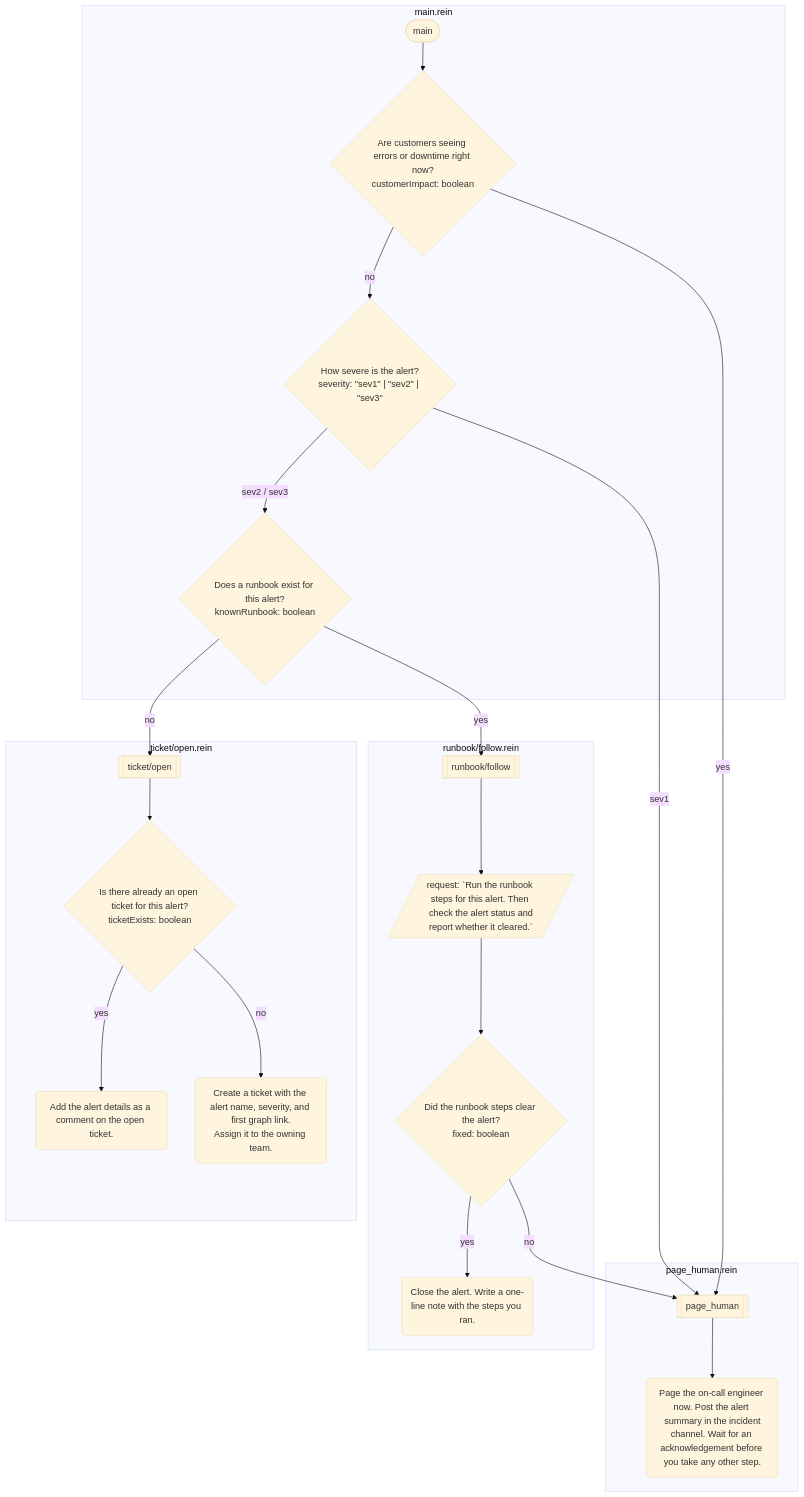
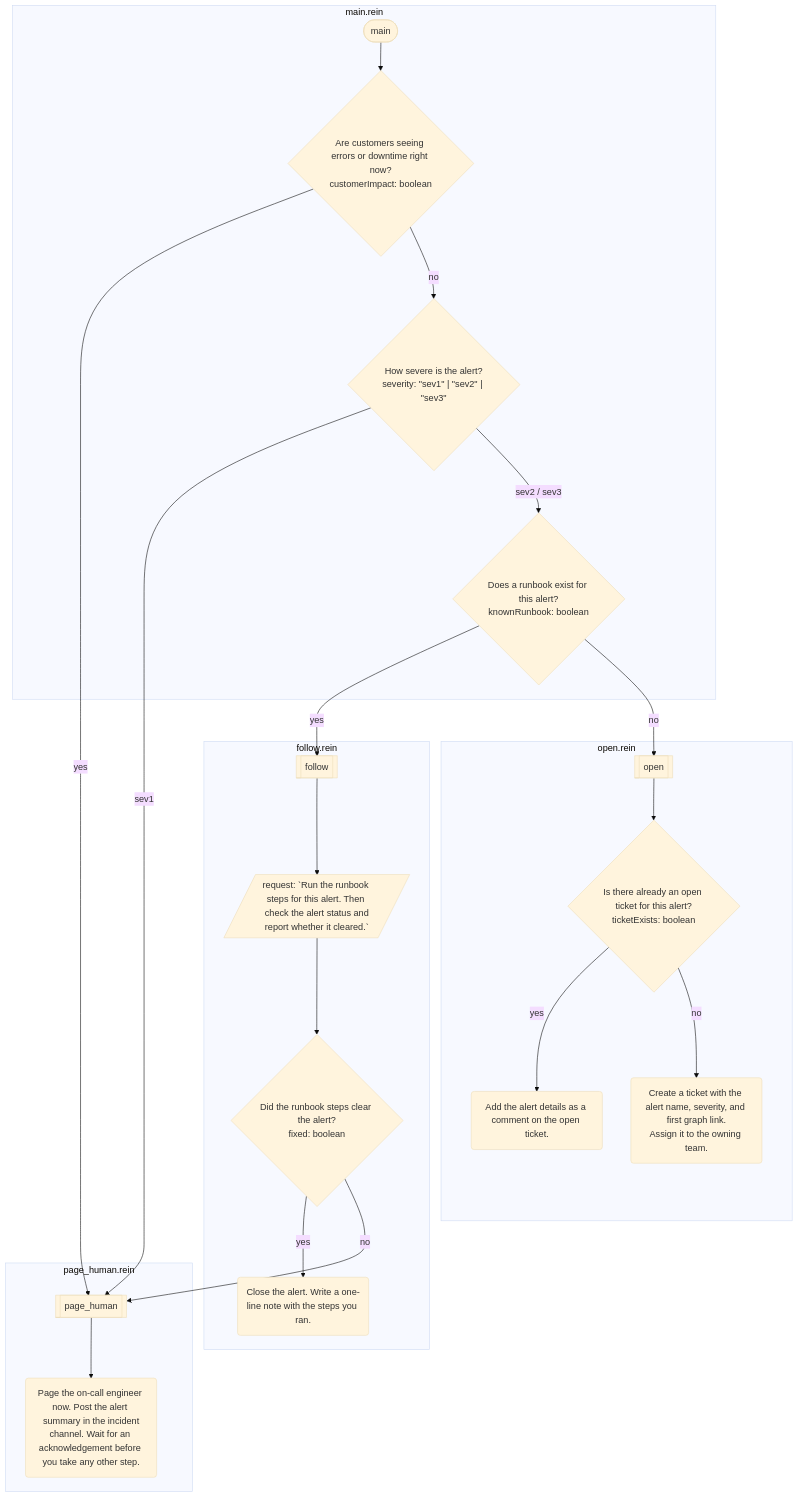
One commit to rein-lang/rein-lang.com changed the diagram in docs/examples/incident-triage.md. Above: the diagram before and after it, drawn with Mermaid (base theme). The commit also changed other lines of this file and 3 other files, not shown here.

````diff
--- a/docs/examples/incident-triage.md
+++ b/docs/examples/incident-triage.md
@@ -11,40 +11,40 @@
 ```mermaid
 flowchart TD
-    subgraph s0 ["main.rein"]
-        f0(["main"])
-        f0_0{"Are customers seeing errors or downtime right now?<br/>customerImpact: boolean"}
-        f0_1{"How severe is the alert?<br/>severity: #quot;sev1#quot; | #quot;sev2#quot; | #quot;sev3#quot;"}
-        f0_2{"Does a runbook exist for this alert?<br/>knownRunbook: boolean"}
+    subgraph s0 ["follow.rein"]
+        f0[["follow"]]
+        f0_0[/"request: #96;Run the runbook steps for this alert. Then check the alert status and<br/>report whether it cleared.#96;"/]
+        f0_1{"Did the runbook steps clear the alert?<br/>fixed: boolean"}
+        f0_2("Close the alert. Write a one-line note with the steps you ran.")
     end
-    subgraph s1 ["page_human.rein"]
-        f1[["page_human"]]
-        f1_0("Page the on-call engineer now. Post the alert summary in the incident<br/>channel. Wait for an acknowledgement before you take any other step.")
+    subgraph s1 ["main.rein"]
+        f1(["main"])
+        f1_0{"Are customers seeing errors or downtime right now?<br/>customerImpact: boolean"}
+        f1_1{"How severe is the alert?<br/>severity: #quot;sev1#quot; | #quot;sev2#quot; | #quot;sev3#quot;"}
+        f1_2{"Does a runbook exist for this alert?<br/>knownRunbook: boolean"}
     end
-    subgraph s2 ["runbook/follow.rein"]
-        f2[["runbook/follow"]]
-        f2_0[/"request: #96;Run the runbook steps for this alert. Then check the alert status and<br/>report whether it cleared.#96;"/]
-        f2_1{"Did the runbook steps clear the alert?<br/>fixed: boolean"}
-        f2_2("Close the alert. Write a one-line note with the steps you ran.")
+    subgraph s2 ["open.rein"]
+        f2[["open"]]
+        f2_0{"Is there already an open ticket for this alert?<br/>ticketExists: boolean"}
+        f2_1("Add the alert details as a comment on the open ticket.")
+        f2_2("Create a ticket with the alert name, severity, and first graph link.<br/>Assign it to the owning team.")
     end
-    subgraph s3 ["ticket/open.rein"]
-        f3[["ticket/open"]]
-        f3_0{"Is there already an open ticket for this alert?<br/>ticketExists: boolean"}
-        f3_1("Add the alert details as a comment on the open ticket.")
-        f3_2("Create a ticket with the alert name, severity, and first graph link.<br/>Assign it to the owning team.")
+    subgraph s3 ["page_human.rein"]
+        f3[["page_human"]]
+        f3_0("Page the on-call engineer now. Post the alert summary in the incident<br/>channel. Wait for an acknowledgement before you take any other step.")
     end
     f0 --> f0_0
-    f0_0 -->|"yes"| f1
-    f0_0 -->|"no"| f0_1
-    f0_1 -->|"sev1"| f1
-    f0_1 -->|"sev2 / sev3"| f0_2
-    f0_2 -->|"yes"| f2
-    f0_2 -->|"no"| f3
+    f0_0 --> f0_1
+    f0_1 -->|"yes"| f0_2
+    f0_1 -->|"no"| f3
     f1 --> f1_0
+    f1_0 -->|"yes"| f3
+    f1_0 -->|"no"| f1_1
+    f1_1 -->|"sev1"| f3
+    f1_1 -->|"sev2 / sev3"| f1_2
+    f1_2 -->|"yes"| f0
+    f1_2 -->|"no"| f2
     f2 --> f2_0
-    f2_0 --> f2_1
-    f2_1 -->|"yes"| f2_2
-    f2_1 -->|"no"| f1
+    f2_0 -->|"yes"| f2_1
+    f2_0 -->|"no"| f2_2
     f3 --> f3_0
-    f3_0 -->|"yes"| f3_1
-    f3_0 -->|"no"| f3_2
 ```
````
